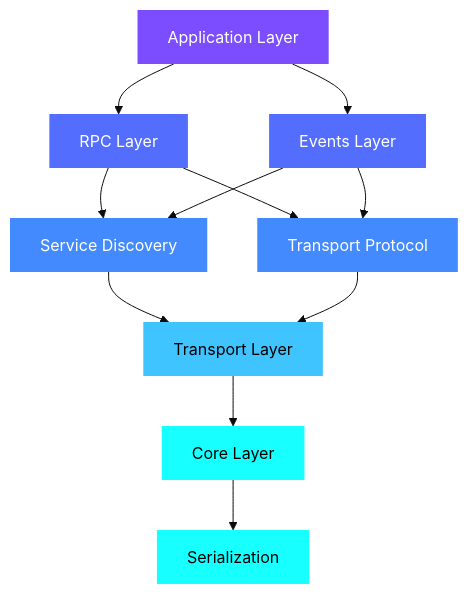
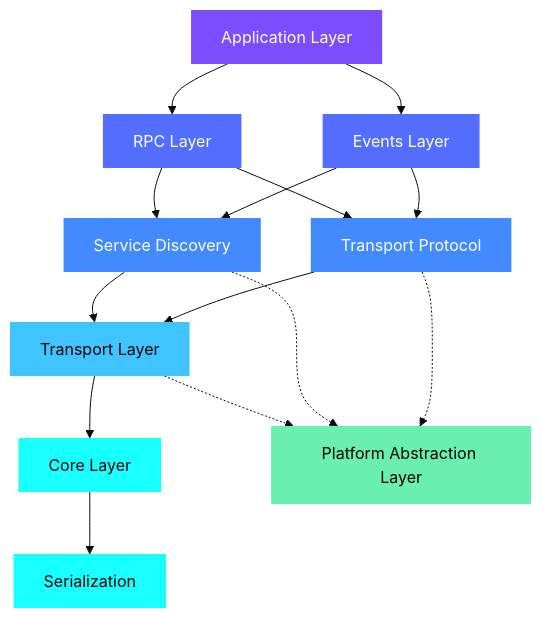
One commit to vtz/opensomeip changed the first of 3 diagrams in docs/project-overview.md. Above: the diagram before and after it, drawn with Mermaid (base theme). The commit also changed other lines of this file and 15 other files, not shown here.

First line of the commit message:
docs: convert PlantUML diagrams to Mermaid and add PAL architecture diagram (#219)

````diff
--- a/docs/project-overview.md
+++ b/docs/project-overview.md
@@ -12,22 +12,26 @@
 ```mermaid
 graph TD
     APP[Application Layer] --> RPC[RPC Layer]
     APP --> EVT[Events Layer]
     RPC --> SD[Service Discovery]
     EVT --> SD
     RPC --> TP[Transport Protocol]
     EVT --> TP
     SD --> TRANS[Transport Layer]
     TP --> TRANS
     TRANS --> CORE[Core Layer]
     CORE --> SER[Serialization]
+    TRANS -.-> PAL[Platform Abstraction Layer]
+    SD -.-> PAL
+    TP -.-> PAL
 
     style APP fill:#7c4dff,color:#fff,stroke:none
     style RPC fill:#536dfe,color:#fff,stroke:none
     style EVT fill:#536dfe,color:#fff,stroke:none
     style SD fill:#448aff,color:#fff,stroke:none
     style TP fill:#448aff,color:#fff,stroke:none
     style TRANS fill:#40c4ff,color:#000,stroke:none
     style CORE fill:#18ffff,color:#000,stroke:none
     style SER fill:#18ffff,color:#000,stroke:none
+    style PAL fill:#69f0ae,color:#000,stroke:none
 ```
````
